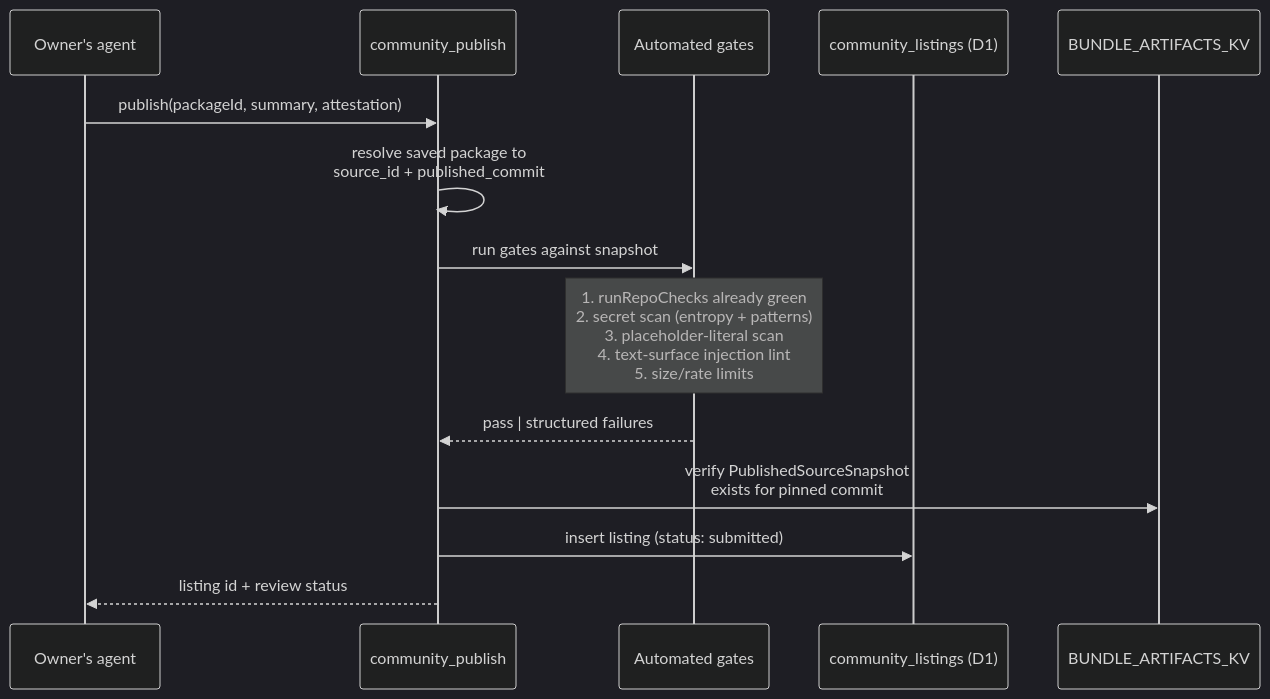
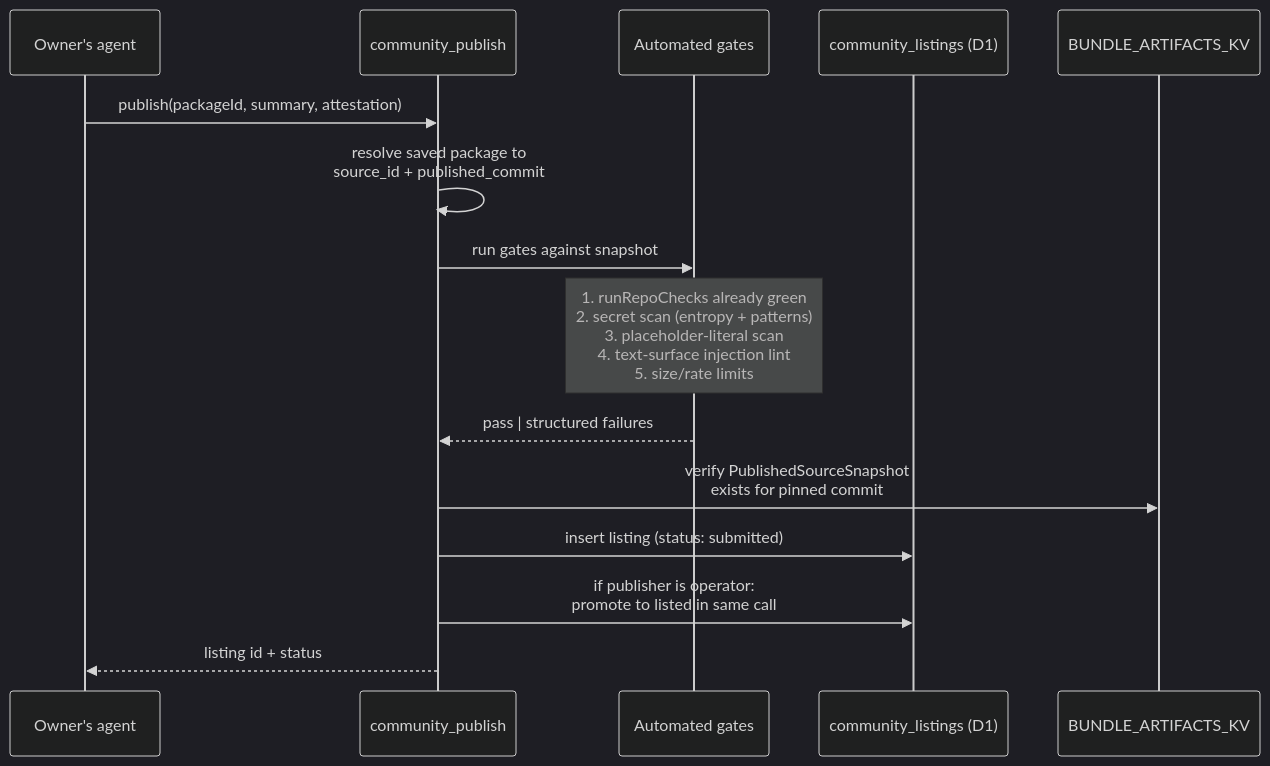
The second of 4 diagrams in docs/contributing/architecture/community-package-registry.md (kentcdodds/kody), drawn with Mermaid (dark theme) before and after one commit. The commit also changed other lines of this file and 1 other file, not shown here.

Commit message:
docs: rework registry design for single-user operator model and review-on-fork

````diff
--- a/docs/contributing/architecture/community-package-registry.md
+++ b/docs/contributing/architecture/community-package-registry.md
@@ -163,17 +214,18 @@
 ```mermaid
 sequenceDiagram
 	participant Owner as Owner's agent
 	participant Pub as community_publish
 	participant Checks as Automated gates
 	participant D1 as community_listings (D1)
 	participant KV as BUNDLE_ARTIFACTS_KV
 
 	Owner->>Pub: publish(packageId, summary, attestation)
 	Pub->>Pub: resolve saved package to<br/>source_id + published_commit
 	Pub->>Checks: run gates against snapshot
 	Note over Checks: 1. runRepoChecks already green<br/>2. secret scan (entropy + patterns)<br/>3. placeholder-literal scan<br/>4. text-surface injection lint<br/>5. size/rate limits
 	Checks-->>Pub: pass | structured failures
 	Pub->>KV: verify PublishedSourceSnapshot<br/>exists for pinned commit
 	Pub->>D1: insert listing (status: submitted)
-	Pub-->>Owner: listing id + review status
+	Pub->>D1: if publisher is operator:<br/>promote to listed in same call
+	Pub-->>Owner: listing id + status
 ```
````
